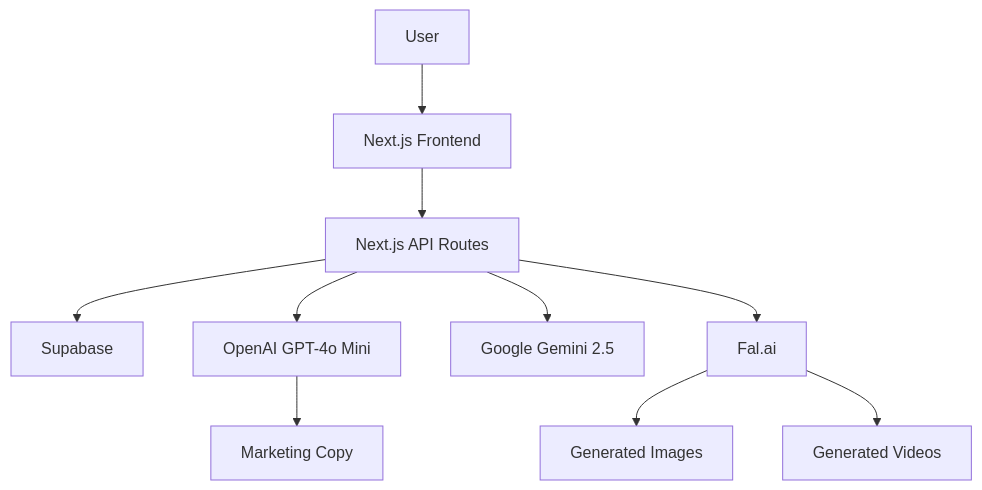
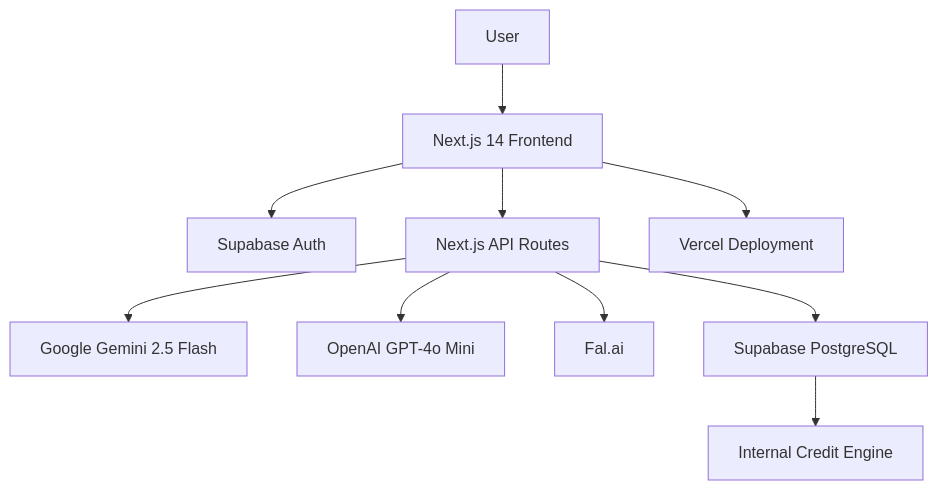
The diagram in README.md (sumamakhalil/smartflow-ai-suite), drawn with Mermaid before and after one commit. The commit also changed other lines of this file, not shown here.

Commit message:
Revise system architecture in README
Updated system architecture diagram and modified frontend reference.

````diff
--- a/README.md
+++ b/README.md
@@ -86,41 +84,23 @@
 ```mermaid
 flowchart TD
 
 A[User]
 
-B[Next.js Frontend]
+A --> B[Next.js 14 Frontend]
 
-C[Next.js API Routes]
+B --> C[Supabase Auth]
 
-D[Supabase]
+B --> D[Next.js API Routes]
 
-E[OpenAI GPT-4o Mini]
+D --> E[Google Gemini 2.5 Flash]
 
-F[Google Gemini 2.5]
+D --> F[OpenAI GPT-4o Mini]
 
-G[Fal.ai]
+D --> G[Fal.ai]
 
-H[Generated Images]
+D --> H[Supabase PostgreSQL]
 
-I[Generated Videos]
+H --> I[Internal Credit Engine]
 
-J[Marketing Copy]
-
-A --> B
-
-B --> C
-
-C --> D
-
-C --> E
-
-C --> F
-
-C --> G
-
-G --> H
-
-G --> I
-
-E --> J
+B --> J[Vercel Deployment]
 ```
````
